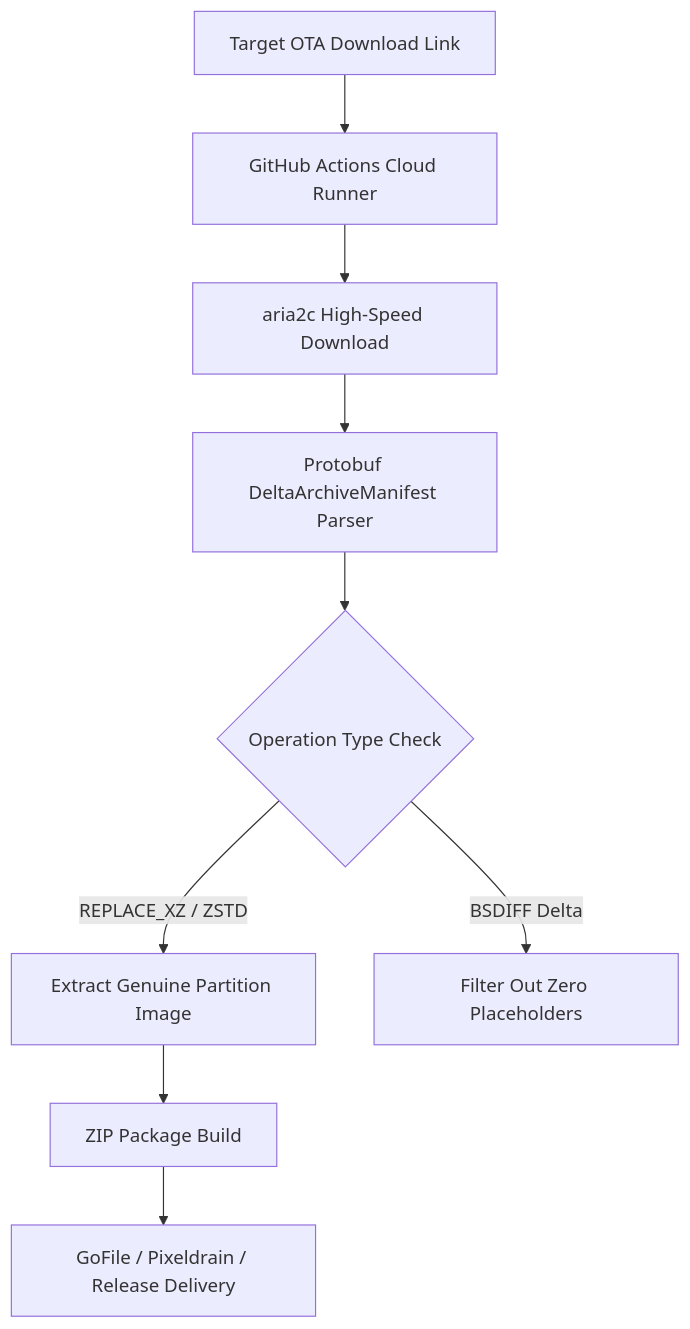
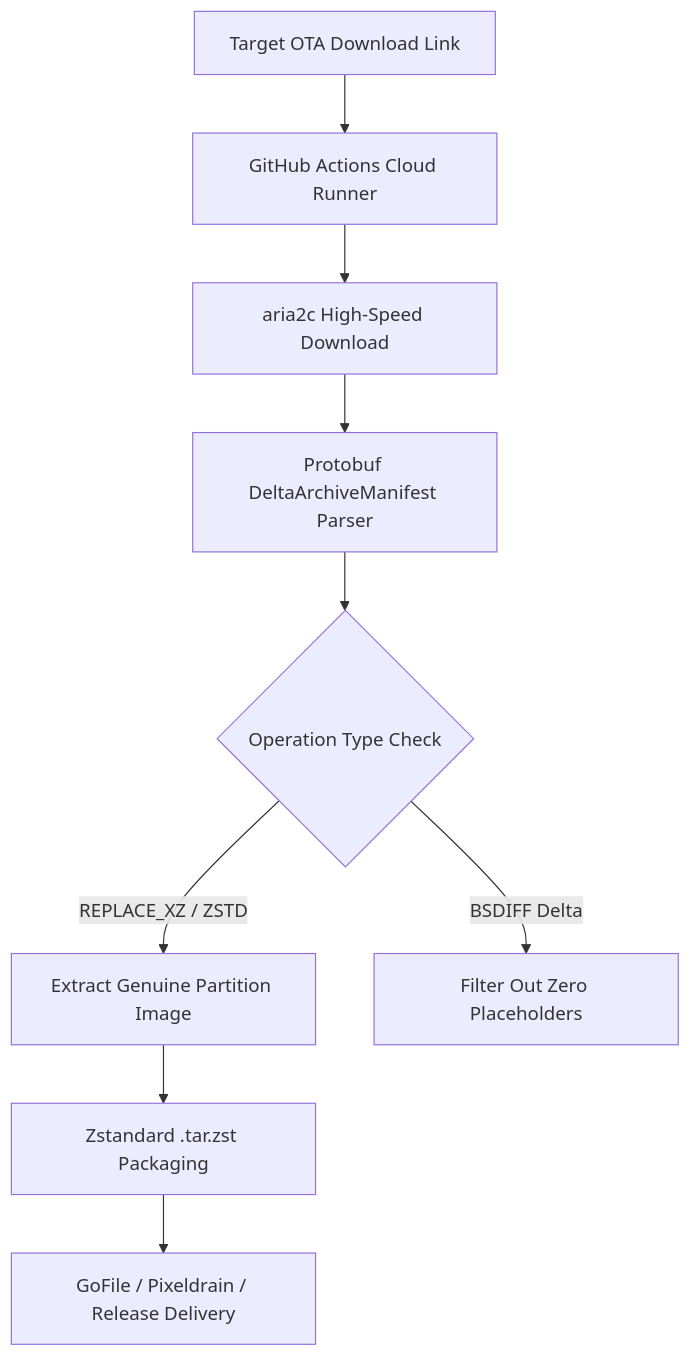
The diagram in README.md (sheikhmehraann/OTA-Extract), drawn with Mermaid before and after one commit. The commit also changed other lines of this file and 4 other files, not shown here.

Commit message:
Implement Rama-standard .tar.zst Zstandard packaging and GoFile delivery engine

````diff
--- a/README.md
+++ b/README.md
@@ -18,11 +18,11 @@
 ```mermaid
 graph TD
     A[Target OTA Download Link] --> B[GitHub Actions Cloud Runner]
     B --> C[aria2c High-Speed Download]
     C --> D[Protobuf DeltaArchiveManifest Parser]
     D --> E{Operation Type Check}
     E -->|REPLACE_XZ / ZSTD| F[Extract Genuine Partition Image]
     E -->|BSDIFF Delta| G[Filter Out Zero Placeholders]
-    F --> H[ZIP Package Build]
+    F --> H[Zstandard .tar.zst Packaging]
     H --> I[GoFile / Pixeldrain / Release Delivery]
 ```
````
